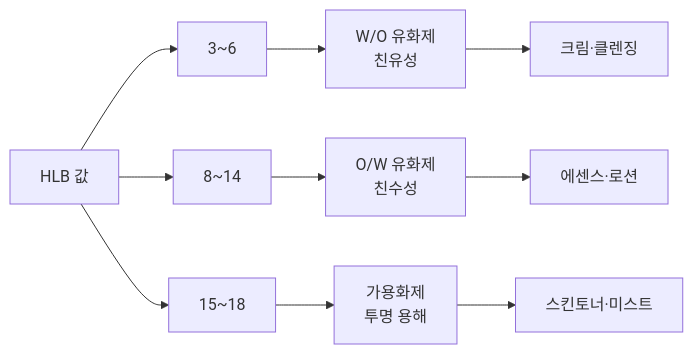
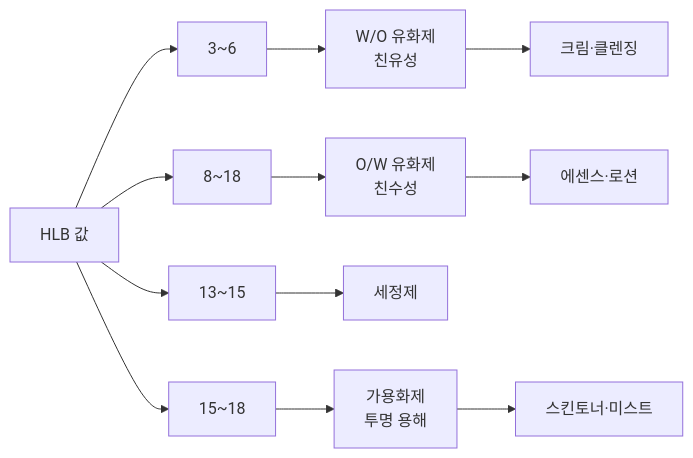
The second of 4 diagrams in content/참조자료/과목2/2과목_핵심요약.md (skygoldlee-cyber/Personalized_Skincare), drawn with Mermaid before and after one commit. The commit also changed other lines of this file and 3 other files, not shown here.

````diff
--- a/content/참조자료/과목2/2과목_핵심요약.md
+++ b/content/참조자료/과목2/2과목_핵심요약.md
@@ -60,12 +60,14 @@
 ```mermaid
 flowchart LR
   A[HLB 값] --> B[3~6]
-  A --> C[8~14]
+  A --> C[8~18]
+  A --> C2[13~15]
   A --> D[15~18]
   B --> B1[W/O 유화제<br/>친유성]
   C --> C1[O/W 유화제<br/>친수성]
+  C2 --> C3[세정제]
   D --> D1[가용화제<br/>투명 용해]
   B1 --> E[크림·클렌징]
   C1 --> F[에센스·로션]
   D1 --> G[스킨토너·미스트]
 ```
````
